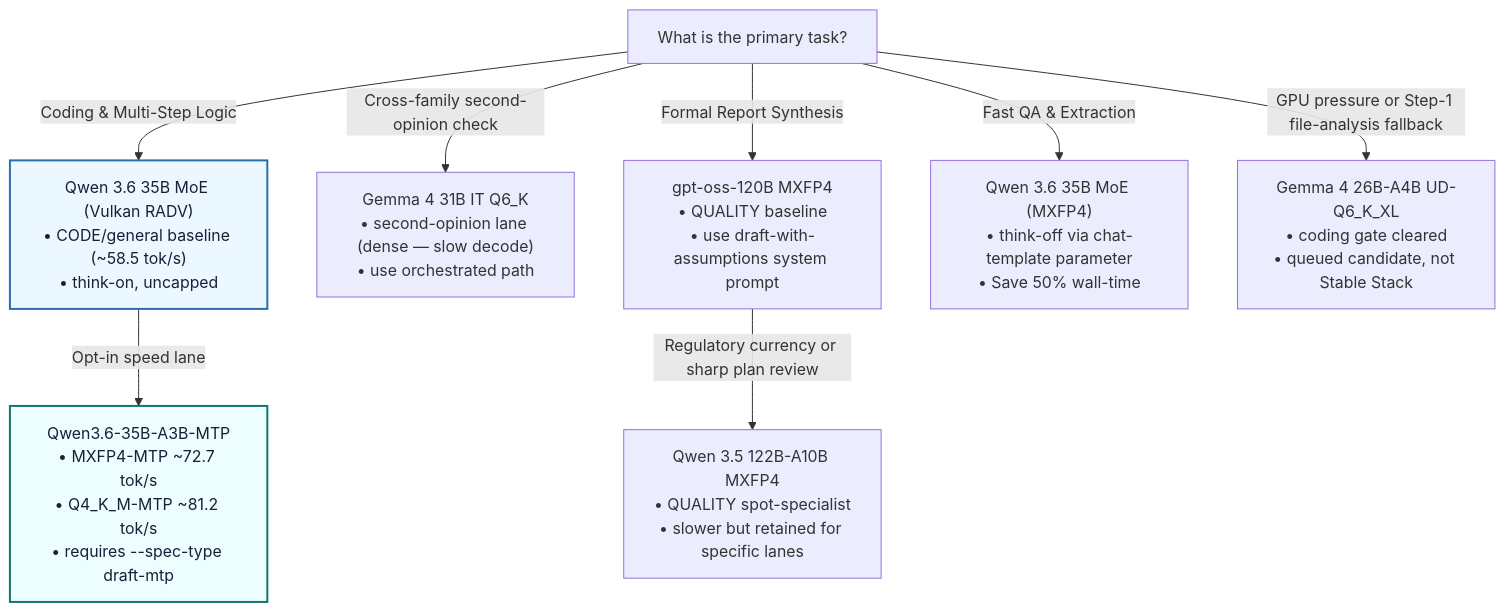
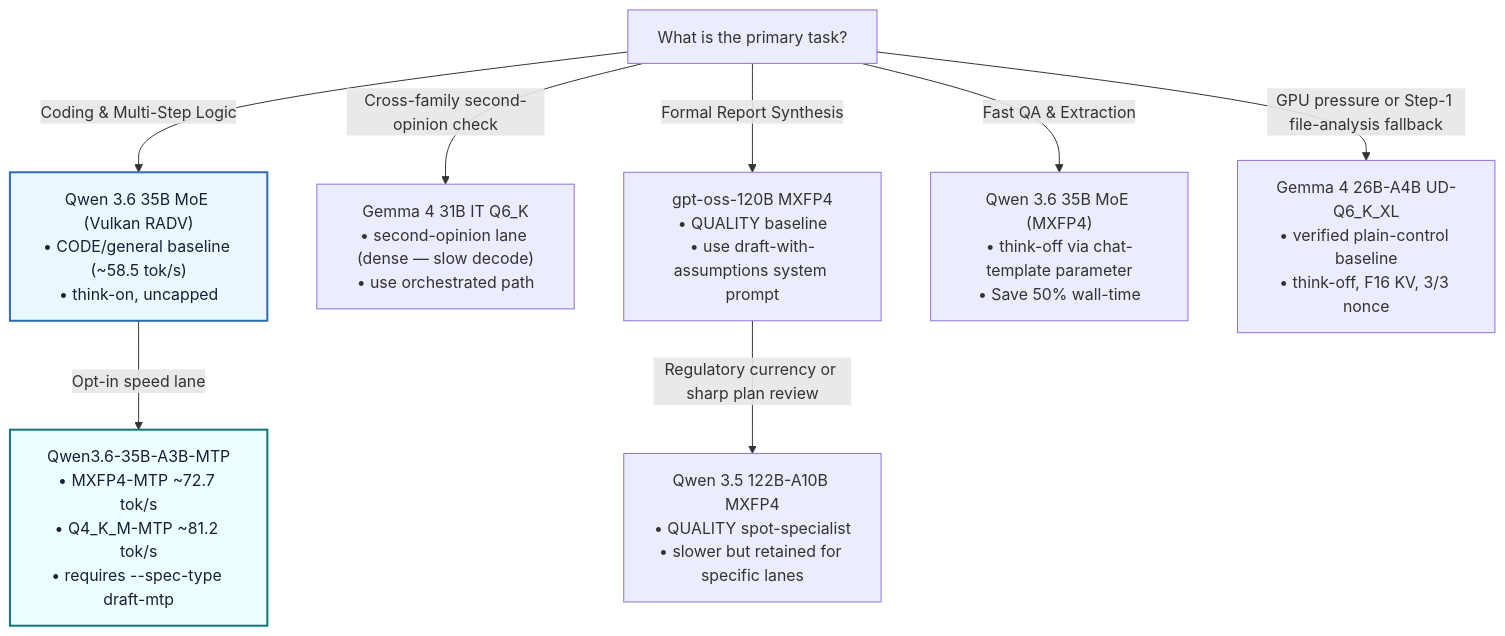
One commit to boxwrench/tesla_agent changed the diagram in reference/decision-tree.md. Above: the diagram before and after it, drawn with Mermaid. The commit also changed other lines of this file and 14 other files, not shown here.

````diff
--- a/reference/decision-tree.md
+++ b/reference/decision-tree.md
@@ -5,20 +9,20 @@
 ```mermaid
 graph TD
     Start["What is the primary task?"]
     
     Start -->|Coding & Multi-Step Logic| Code["Qwen 3.6 35B MoE (Vulkan RADV)<br/>• CODE/general baseline (~58.5 tok/s)<br/>• think-on, uncapped"]
     style Code fill:#ebf8ff,stroke:#2b6cb0,stroke-width:2px,color:#1a1f36
 
     Code -->|Opt-in speed lane| MTP["Qwen3.6-35B-A3B-MTP<br/>• MXFP4-MTP ~72.7 tok/s<br/>• Q4_K_M-MTP ~81.2 tok/s<br/>• requires --spec-type draft-mtp"]
     style MTP fill:#ecfeff,stroke:#0f766e,stroke-width:2px,color:#1a1f36
 
     Start -->|Cross-family second-opinion check| GemmaCode["Gemma 4 31B IT Q6_K<br/>• second-opinion lane (dense — slow decode)<br/>• use orchestrated path"]
     
     Start -->|Formal Report Synthesis| Synth["gpt-oss-120B MXFP4<br/>• QUALITY baseline<br/>• use draft-with-assumptions system prompt"]
 
     Synth -->|Regulatory currency or sharp plan review| Specialist["Qwen 3.5 122B-A10B MXFP4<br/>• QUALITY spot-specialist<br/>• slower but retained for specific lanes"]
     
     Start -->|Fast QA & Extraction| Ext["Qwen 3.6 35B MoE (MXFP4)<br/>• think-off via chat-template parameter<br/>• Save 50% wall-time"]
 
-    Start -->|GPU pressure or Step-1 file-analysis fallback| Queued["Gemma 4 26B-A4B UD-Q6_K_XL<br/>• coding gate cleared<br/>• queued candidate, not Stable Stack"]
+    Start -->|GPU pressure or Step-1 file-analysis fallback| GemmaControl["Gemma 4 26B-A4B UD-Q6_K_XL<br/>• verified plain-control baseline<br/>• think-off, F16 KV, 3/3 nonce"]
 ```
````
